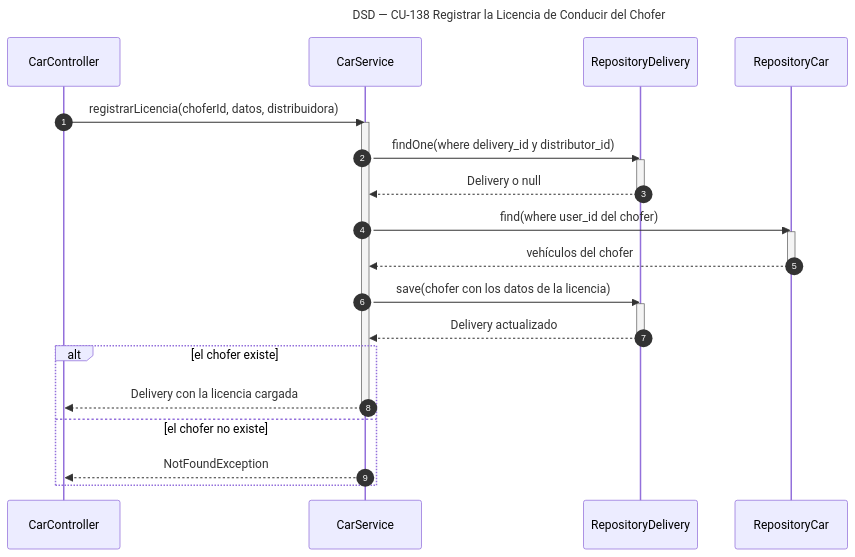
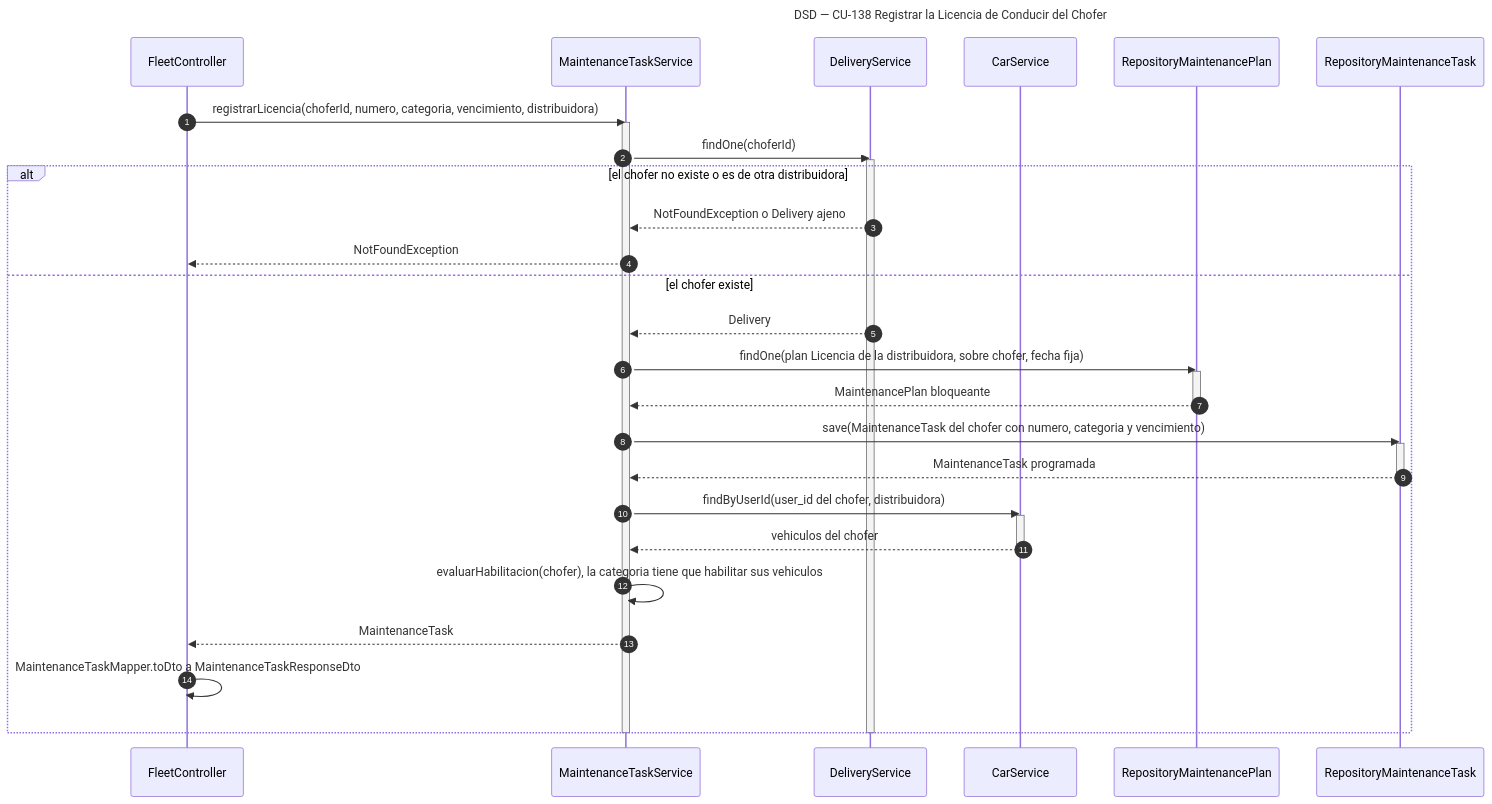
The diagram in diagramas/DSD_CU-138_Registrar-la-Licencia-de-Conducir-del-Chofer.mmd (Nahuelito-Dev/splg-docs), drawn with Mermaid before and after one commit. The commit also changed 19 other files, not shown here.

First line of the commit message:
docs(flota): los DSD de CU-136 a CU-142 y el diagrama de clases con el modelo nuevo

```diff
--- a/diagramas/DSD_CU-138_Registrar-la-Licencia-de-Conducir-del-Chofer.mmd
+++ b/diagramas/DSD_CU-138_Registrar-la-Licencia-de-Conducir-del-Chofer.mmd
@@ -1,28 +1,37 @@
 sequenceDiagram
     title DSD — CU-138 Registrar la Licencia de Conducir del Chofer
     autonumber
-    participant CTRL as CarController
-    participant SRV as CarService
-    participant DREP as RepositoryDelivery
-    participant VREP as RepositoryCar
+    participant CTRL as FleetController
+    participant SRV as MaintenanceTaskService
+    participant DSRV as DeliveryService
+    participant CARS as CarService
+    participant PREP as RepositoryMaintenancePlan
+    participant TREP as RepositoryMaintenanceTask
 
-    CTRL->>SRV: registrarLicencia(choferId, datos, distribuidora)
+    CTRL->>SRV: registrarLicencia(choferId, numero, categoria, vencimiento, distribuidora)
     activate SRV
-    SRV->>DREP: findOne(where delivery_id y distributor_id)
-    activate DREP
-    DREP-->>SRV: Delivery o null
-    deactivate DREP
-    SRV->>VREP: find(where user_id del chofer)
-    activate VREP
-    VREP-->>SRV: vehículos del chofer
-    deactivate VREP
-    SRV->>DREP: save(chofer con los datos de la licencia)
-    activate DREP
-    DREP-->>SRV: Delivery actualizado
-    deactivate DREP
-    alt el chofer existe
-        SRV-->>CTRL: Delivery con la licencia cargada
-        deactivate SRV
-    else el chofer no existe
+    SRV->>DSRV: findOne(choferId)
+    activate DSRV
+    alt el chofer no existe o es de otra distribuidora
+        DSRV-->>SRV: NotFoundException o Delivery ajeno
         SRV-->>CTRL: NotFoundException
+    else el chofer existe
+        DSRV-->>SRV: Delivery
+        SRV->>PREP: findOne(plan Licencia de la distribuidora, sobre chofer, fecha fija)
+        activate PREP
+        PREP-->>SRV: MaintenancePlan bloqueante
+        deactivate PREP
+        SRV->>TREP: save(MaintenanceTask del chofer con numero, categoria y vencimiento)
+        activate TREP
+        TREP-->>SRV: MaintenanceTask programada
+        deactivate TREP
+        SRV->>CARS: findByUserId(user_id del chofer, distribuidora)
+        activate CARS
+        CARS-->>SRV: vehiculos del chofer
+        deactivate CARS
+        SRV->>SRV: evaluarHabilitacion(chofer), la categoria tiene que habilitar sus vehiculos
+        SRV-->>CTRL: MaintenanceTask
+        CTRL->>CTRL: MaintenanceTaskMapper.toDto a MaintenanceTaskResponseDto
     end
+    deactivate DSRV
+    deactivate SRV
```
